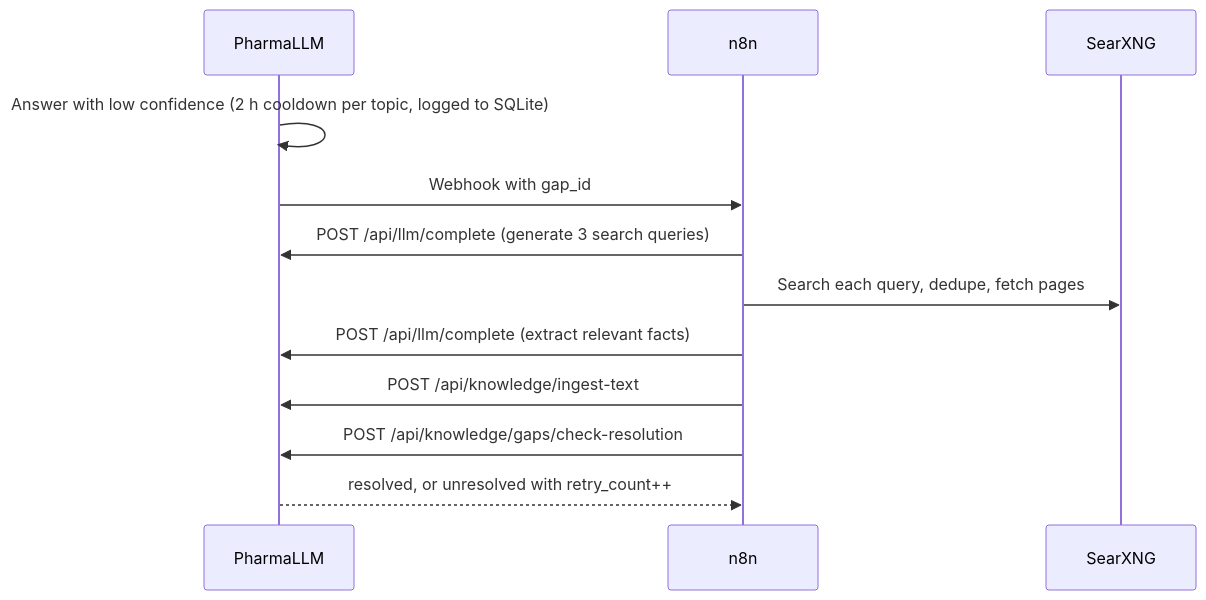
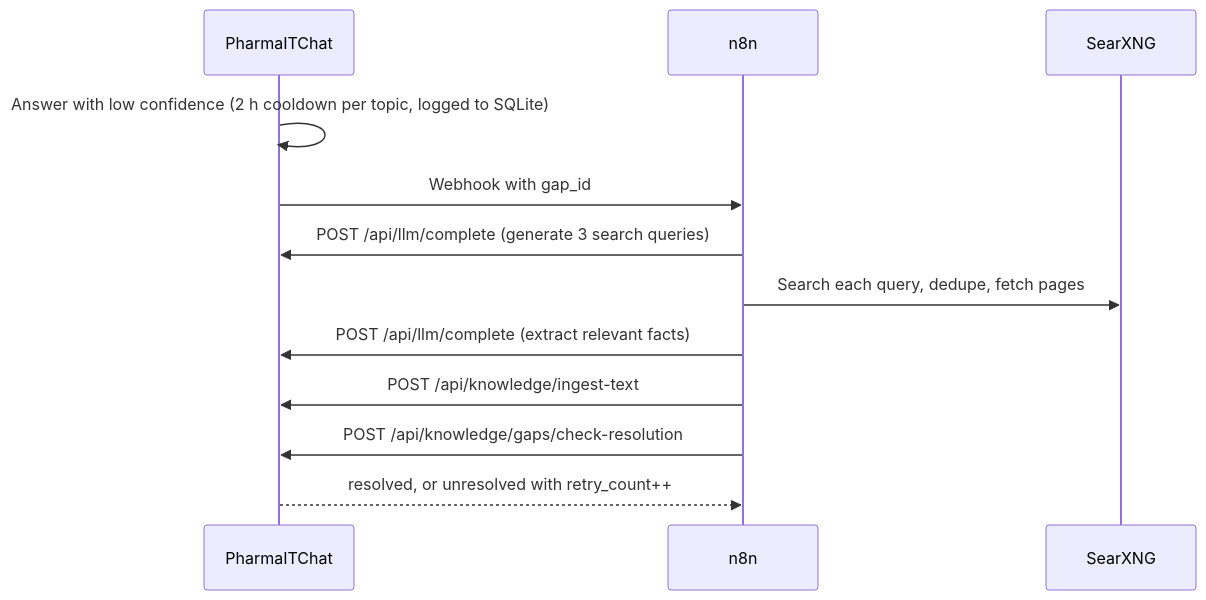
The fourth of 5 diagrams in README.md (sebdallais-git/PharmaCyberLLM), drawn with Mermaid before and after one commit. The commit also changed other lines of this file and 1 other file, not shown here.

````diff
--- a/README.md
+++ b/README.md
@@ -412,14 +368,14 @@
 ```mermaid
 sequenceDiagram
-    participant App as PharmaLLM
+    participant App as PharmaITChat
     participant N as n8n
     participant S as SearXNG
     App->>App: Answer with low confidence (2 h cooldown per topic, logged to SQLite)
     App->>N: Webhook with gap_id
     N->>App: POST /api/llm/complete (generate 3 search queries)
     N->>S: Search each query, dedupe, fetch pages
     N->>App: POST /api/llm/complete (extract relevant facts)
     N->>App: POST /api/knowledge/ingest-text
     N->>App: POST /api/knowledge/gaps/check-resolution
     App-->>N: resolved, or unresolved with retry_count++
 ```
````
